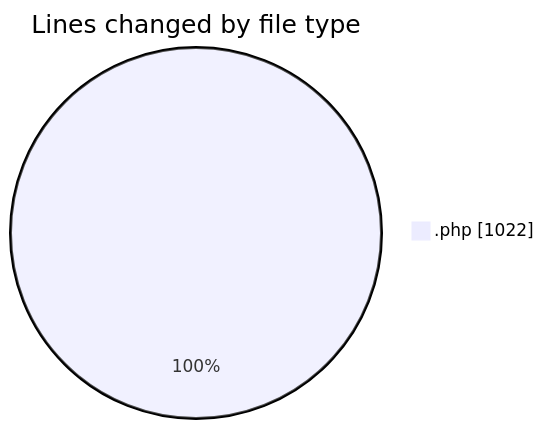
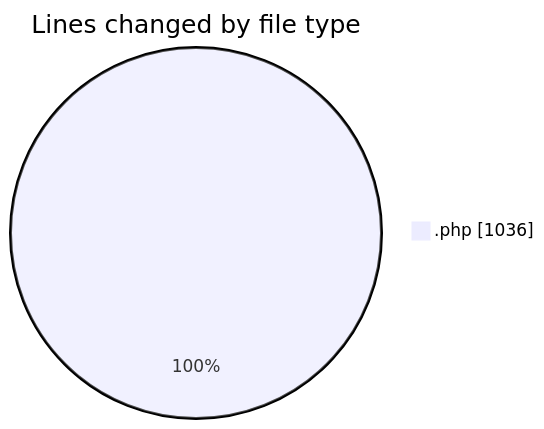
Before and after one commit to debugP/code-tracking: the first of 2 diagrams in 2026-09-16/untitled__workspace_/README.md, drawn with Mermaid. The commit also changed other lines of this file and 1 other file, not shown here.

````diff
--- a/2026-09-16/untitled__workspace_/README.md
+++ b/2026-09-16/untitled__workspace_/README.md
@@ -22,5 +22,5 @@
 ```mermaid
 pie showData
 title Lines changed by file type
-".php" : 1022
+".php" : 1036
 ```
````
